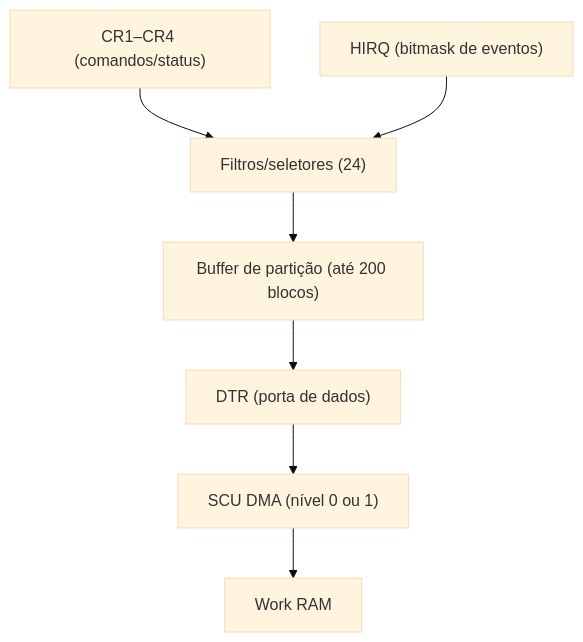
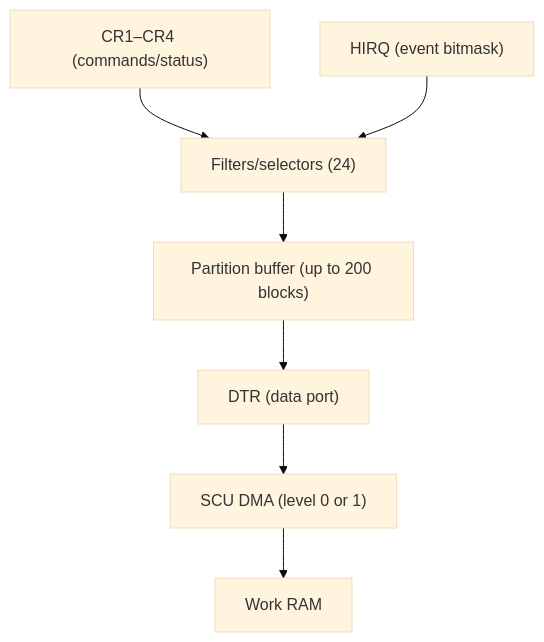
Before and after one commit to jhonatanTeixeira/mimas-saturn-emulator: the eighth of 16 diagrams in docs/first_architectural_draft.md, drawn with Mermaid (base theme). The commit also changed other lines of this file and 2 other files, not shown here.

First line of the commit message:
Translate architecture planning docs to English

````diff
--- a/docs/first_architectural_draft.md
+++ b/docs/first_architectural_draft.md
@@ -122,9 +122,9 @@
 ```mermaid
 graph TD
-    CR["CR1–CR4 (comandos/status)"] --> FL["Filtros/seletores (24)"]
-    HIRQ["HIRQ (bitmask de eventos)"] --> FL
-    FL --> BUF["Buffer de partição (até 200 blocos)"]
-    BUF --> DTR["DTR (porta de dados)"]
-    DTR --> DMA["SCU DMA (nível 0 ou 1)"]
+    CR["CR1–CR4 (commands/status)"] --> FL["Filters/selectors (24)"]
+    HIRQ["HIRQ (event bitmask)"] --> FL
+    FL --> BUF["Partition buffer (up to 200 blocks)"]
+    BUF --> DTR["DTR (data port)"]
+    DTR --> DMA["SCU DMA (level 0 or 1)"]
     DMA --> WRAM["Work RAM"]
 ```
````
